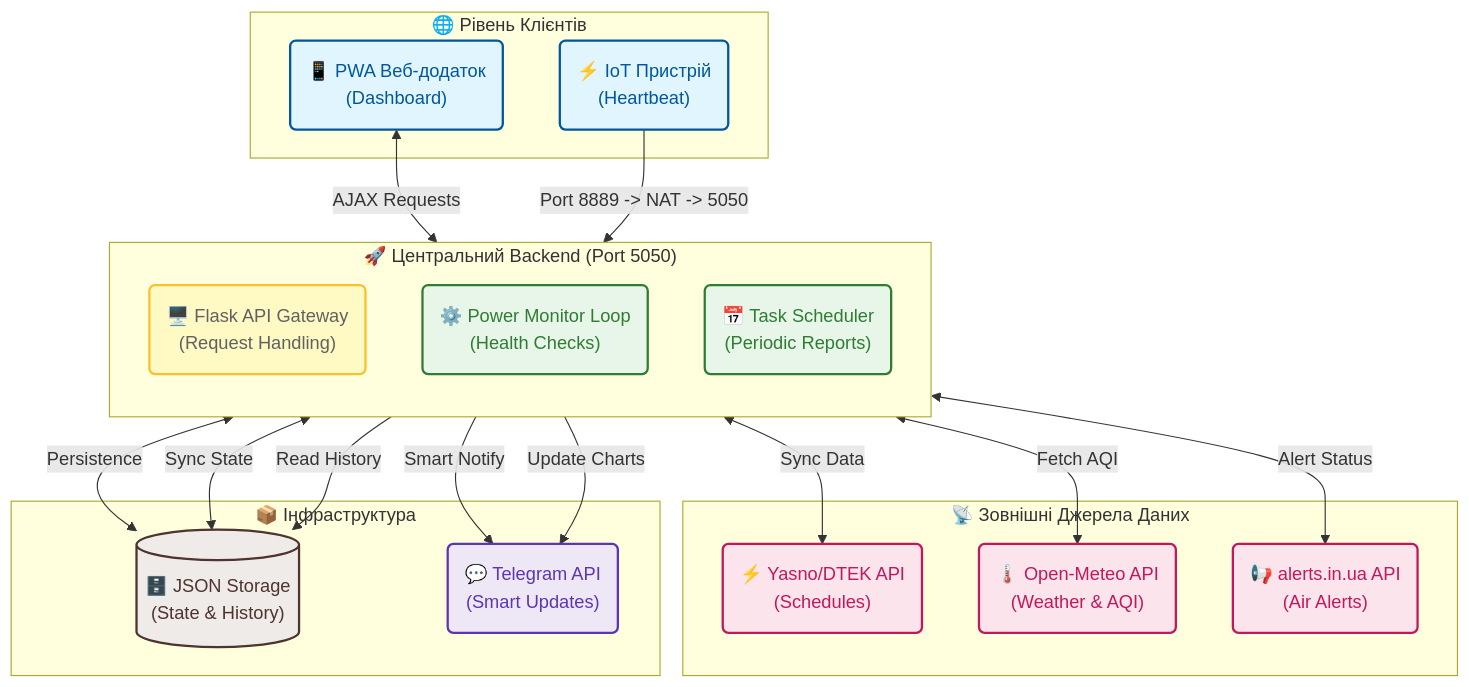
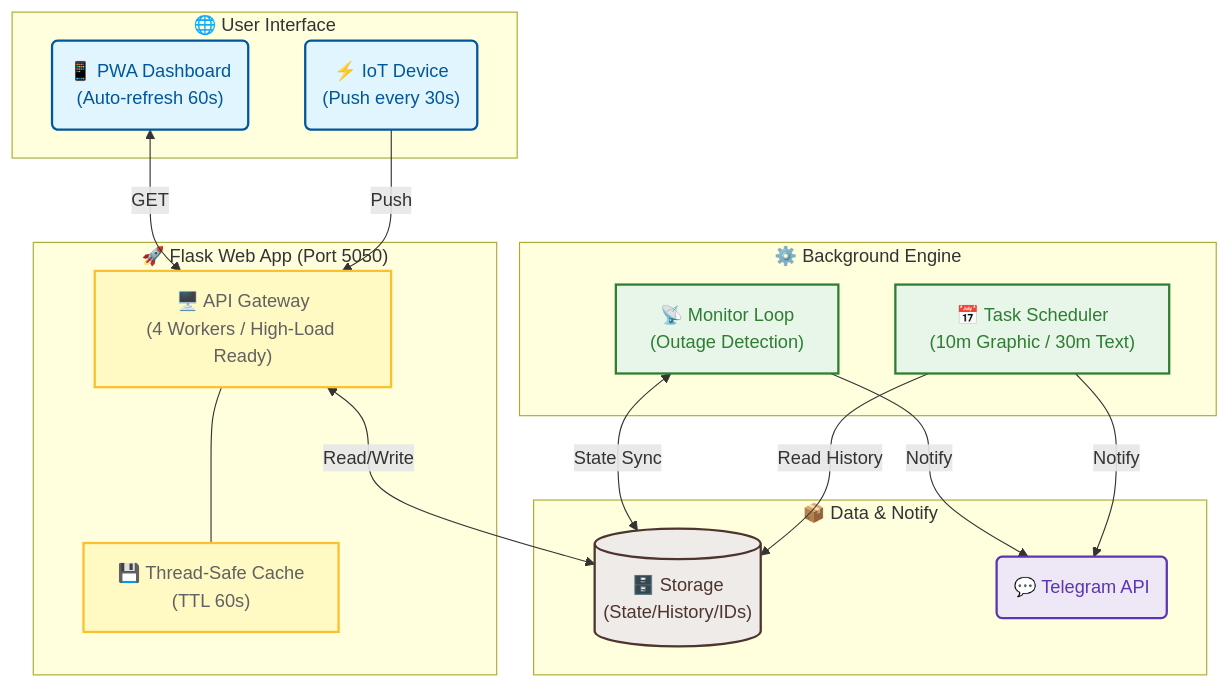
The diagram in README.md (weby-homelab/flash-monitor-kyiv), drawn with Mermaid before and after one commit. The commit also changed other lines of this file, not shown here.

````diff
--- a/README.md
+++ b/README.md
@@ -54,57 +45,46 @@
 ```mermaid
 flowchart TD
     %% -- Style Definitions --
     classDef client fill:#e1f5fe,stroke:#01579b,stroke-width:2px,color:#01579b
     classDef core fill:#fff9c4,stroke:#fbc02d,stroke-width:2px,color:#616161
     classDef logic fill:#e8f5e9,stroke:#2e7d32,stroke-width:2px,color:#2e7d32
     classDef external fill:#fce4ec,stroke:#c2185b,stroke-width:2px,color:#c2185b
     classDef storage fill:#efebe9,stroke:#4e342e,stroke-width:2px,color:#4e342e
     classDef notify fill:#ede7f6,stroke:#5e35b1,stroke-width:2px,color:#5e35b1
 
     %% -- Nodes --
-    subgraph Clients ["🌐 Рівень Клієнтів"]
-        User("📱 PWA Веб-додаток<br/>(Dashboard)")
-        IoT("⚡ IoT Пристрій<br/>(Heartbeat)")
+    subgraph Clients ["🌐 User Interface"]
+        User("📱 PWA Dashboard<br/>(Auto-refresh 60s)")
+        IoT("⚡ IoT Device<br/>(Push every 30s)")
     end
 
-    subgraph Backend ["🚀 Центральний Backend (Port 5050)"]
-        direction TB
-        API("🖥️ Flask API Gateway<br/>(Request Handling)")
-        Monitor("⚙️ Power Monitor Loop<br/>(Health Checks)")
-        Scheduler("📅 Task Scheduler<br/>(Periodic Reports)")
+    subgraph WebService ["🚀 Flask Web App (Port 5050)"]
+        API["🖥️ API Gateway<br/>(4 Workers / High-Load Ready)"]
+        Cache["💾 Thread-Safe Cache<br/>(TTL 60s)"]
     end
 
-    subgraph DataSources ["📡 Зовнішні Джерела Даних"]
-        Yasno("⚡ Yasno/DTEK API<br/>(Schedules)")
-        OpenMeteo("🌡️ Open-Meteo API<br/>(Weather & AQI)")
-        Alerts("📢 alerts.in.ua API<br/>(Air Alerts)")
+    subgraph BackendService ["⚙️ Background Engine"]
+        Monitor["📡 Monitor Loop<br/>(Outage Detection)"]
+        Scheduler["📅 Task Scheduler<br/>(10m Graphic / 30m Text)"]
     end
 
-    subgraph Infrastructure ["📦 Інфраструктура"]
-        JSON[("🗄️ JSON Storage<br/>(State & History)")]
-        Telegram("💬 Telegram API<br/>(Smart Updates)")
+    subgraph Infrastructure ["📦 Data & Notify"]
+        JSON[("🗄️ Storage<br/>(State/History/IDs)")]
+        Telegram("💬 Telegram API")
     end
 
     %% -- Connections --
-    User <-->|AJAX Requests| API
-    IoT -->|Port 8889 -> NAT -> 5050| API
+    User <-->|GET| API
+    IoT -->|Push| API
+    API --- Cache
+    API <-->|Read/Write| JSON
+    Monitor <-->|State Sync| JSON
+    Scheduler -->|Read History| JSON
+    Monitor & Scheduler -->|Notify| Telegram
     
-    API <-->|Sync Data| Yasno
-    API <-->|Fetch AQI| OpenMeteo
-    API <-->|Alert Status| Alerts
-
-    API <-->|Persistence| JSON
-    Monitor <-->|Sync State| JSON
-    Scheduler -->|Read History| JSON
-
-    Monitor -->|Smart Notify| Telegram
-    Scheduler -->|Update Charts| Telegram
-
-    %% -- Applying Classes --
     class User,IoT client
-    class API core
+    class API,Cache core
     class Monitor,Scheduler logic
-    class Yasno,OpenMeteo,Alerts external
     class JSON storage
     class Telegram notify
 ```
````
